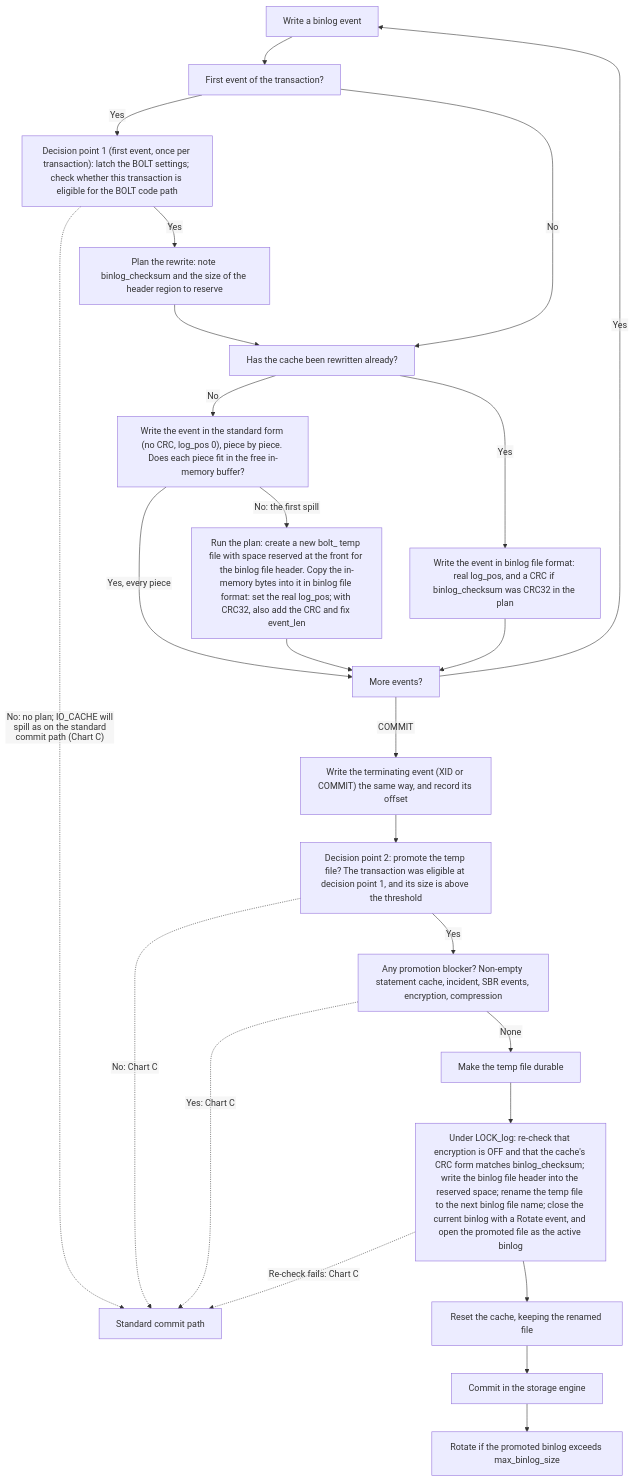
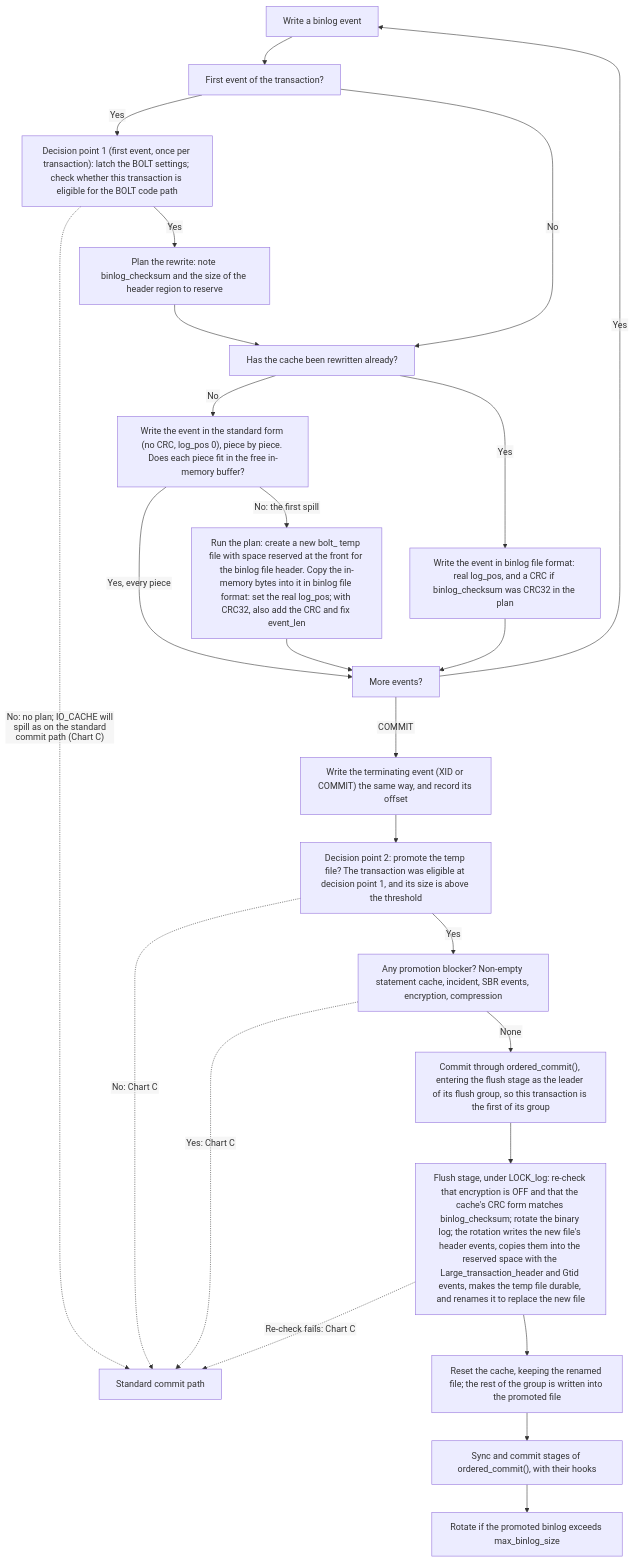
One commit to mysql/mysql-server changed the first of 8 diagrams in design/binary-log/683-binlog-large-transaction-optimization/checksumless-cache.md. Above: the diagram before and after it, drawn with Mermaid. The commit also changed other lines of this file and 70 other files, not shown here.

Commit message:
Committed large transactions through ordered_commit(), promoting the spilled file in the flush stage.

````diff
--- a/design/binary-log/683-binlog-large-transaction-optimization/checksumless-cache.md
+++ b/design/binary-log/683-binlog-large-transaction-optimization/checksumless-cache.md
@@ -89,28 +89,28 @@
 ```mermaid
 %%{init: {"flowchart": {"htmlLabels": false, "wrappingWidth": 280}}}%%
 flowchart TD
   A0["`Write a binlog event`"] --> A1["`First event of the transaction?`"]
   A1 -- "`Yes`" --> A4["`Decision point 1 (first event, once per transaction): latch the BOLT settings; check whether this transaction is eligible for the BOLT code path`"]
   A4 -. "`No: no plan; IO_CACHE will spill as on the standard commit path (Chart C)`" .-> X1["`Standard commit path`"]
   A4 -- "`Yes`" --> A5["`Plan the rewrite: note binlog_checksum and the size of the header region to reserve`"]
   A5 --> A6
   A1 -- "`No`" --> A6["`Has the cache been rewritten already?`"]
   A6 -- "`Yes`" --> A9["`Write the event in binlog file format: real log_pos, and a CRC if binlog_checksum was CRC32 in the plan`"]
   A6 -- "`No`" --> A2["`Write the event in the standard form (no CRC, log_pos 0), piece by piece. Does each piece fit in the free in-memory buffer?`"]
   A2 -- "`Yes, every piece`" --> A10
   A2 -- "`No: the first spill`" --> A7["`Run the plan: create a new bolt_ temp file with space reserved at the front for the binlog file header. Copy the in-memory bytes into it in binlog file format: set the real log_pos; with CRC32, also add the CRC and fix event_len`"]
   A7 --> A10
   A9 --> A10["`More events?`"]
   A10 -- "`Yes`" --> A0
   A10 -- "`COMMIT`" --> A11["`Write the terminating event (XID or COMMIT) the same way, and record its offset`"]
   A11 --> A13["`Decision point 2: promote the temp file? The transaction was eligible at decision point 1, and its size is above the threshold`"]
   A13 -. "`No: Chart C`" .-> X1
   A13 -- "`Yes`" --> A14["`Any promotion blocker? Non-empty statement cache, incident, SBR events, encryption, compression`"]
   A14 -. "`Yes: Chart C`" .-> X1
-  A14 -- "`None`" --> A15["`Make the temp file durable`"]
-  A15 --> A17["`Under LOCK_log: re-check that encryption is OFF and that the cache's CRC form matches binlog_checksum; write the binlog file header into the reserved space; rename the temp file to the next binlog file name; close the current binlog with a Rotate event, and open the promoted file as the active binlog`"]
+  A14 -- "`None`" --> A15["`Commit through ordered_commit(), entering the flush stage as the leader of its flush group, so this transaction is the first of its group`"]
+  A15 --> A17["`Flush stage, under LOCK_log: re-check that encryption is OFF and that the cache's CRC form matches binlog_checksum; rotate the binary log; the rotation writes the new file's header events, copies them into the reserved space with the Large_transaction_header and Gtid events, makes the temp file durable, and renames it to replace the new file`"]
   A17 -. "`Re-check fails: Chart C`" .-> X1
-  A17 --> A19["`Reset the cache, keeping the renamed file`"]
-  A19 --> A18["`Commit in the storage engine`"]
+  A17 --> A19["`Reset the cache, keeping the renamed file; the rest of the group is written into the promoted file`"]
+  A19 --> A18["`Sync and commit stages of ordered_commit(), with their hooks`"]
   A18 --> A20["`Rotate if the promoted binlog exceeds max_binlog_size`"]
 ```
````
